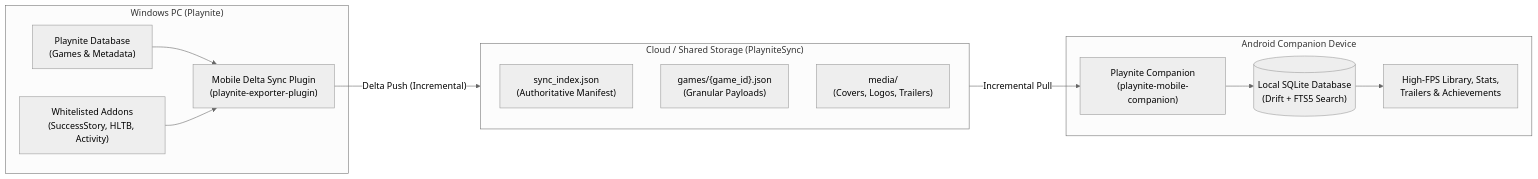
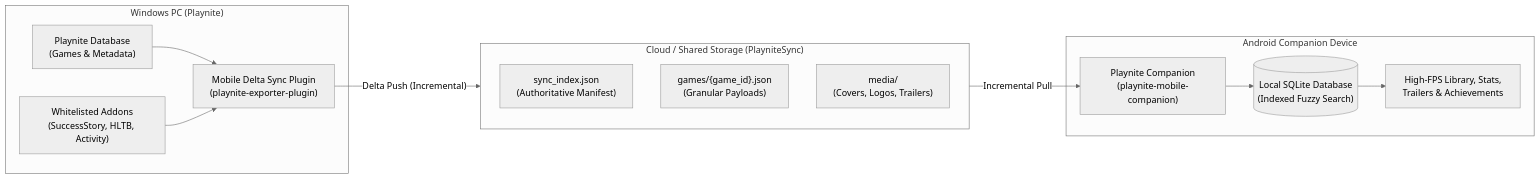
Before and after one commit to Adithya-Jayan/playnite-mobile-companion: the diagram in README.md, drawn with Mermaid (neutral theme). The commit also changed other lines of this file and 2 other files, not shown here.

Commit message:
docs: update root README, mobile README, and building guide with current test counts, architecture, and scripts

````diff
--- a/README.md
+++ b/README.md
@@ -104,27 +106,27 @@
 ```mermaid
 flowchart LR
     subgraph Desktop["Windows PC (Playnite)"]
         PlayniteCore["Playnite Database\n(Games & Metadata)"]
         Addons["Whitelisted Addons\n(SuccessStory, HLTB, Activity)"]
         Exporter["Mobile Delta Sync Plugin\n(playnite-exporter-plugin)"]
         PlayniteCore --> Exporter
         Addons --> Exporter
     end
 
     subgraph Storage["Cloud / Shared Storage (PlayniteSync)"]
         SyncIndex["sync_index.json\n(Authoritative Manifest)"]
         Games["games/{game_id}.json\n(Granular Payloads)"]
         Media["media/\n(Covers, Logos, Trailers)"]
     end
 
     subgraph Mobile["Android Companion Device"]
         MobileApp["Playnite Companion\n(playnite-mobile-companion)"]
-        SQLite[("Local SQLite Database\n(Drift + FTS5 Search)")]
+        SQLite[("Local SQLite Database\n(Indexed Fuzzy Search)")]
         UI["High-FPS Library, Stats,\nTrailers & Achievements"]
         MobileApp --> SQLite
         SQLite --> UI
     end
 
     Exporter -- "Delta Push (Incremental)" --> Storage
     Storage -- "Incremental Pull" --> MobileApp
 ```
````
